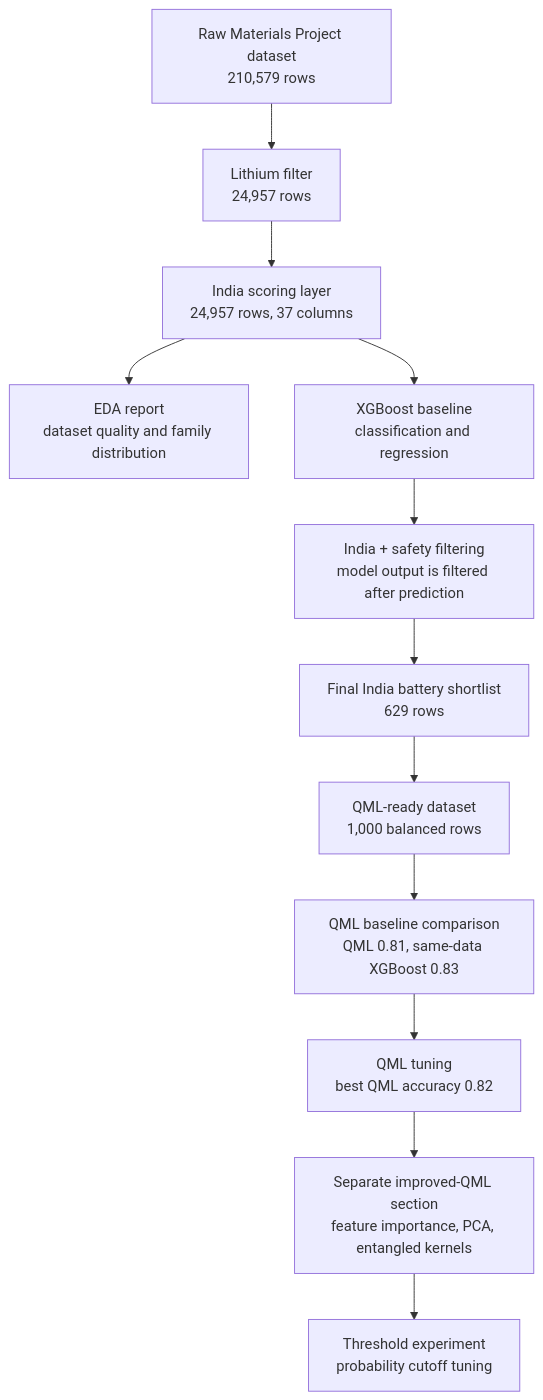
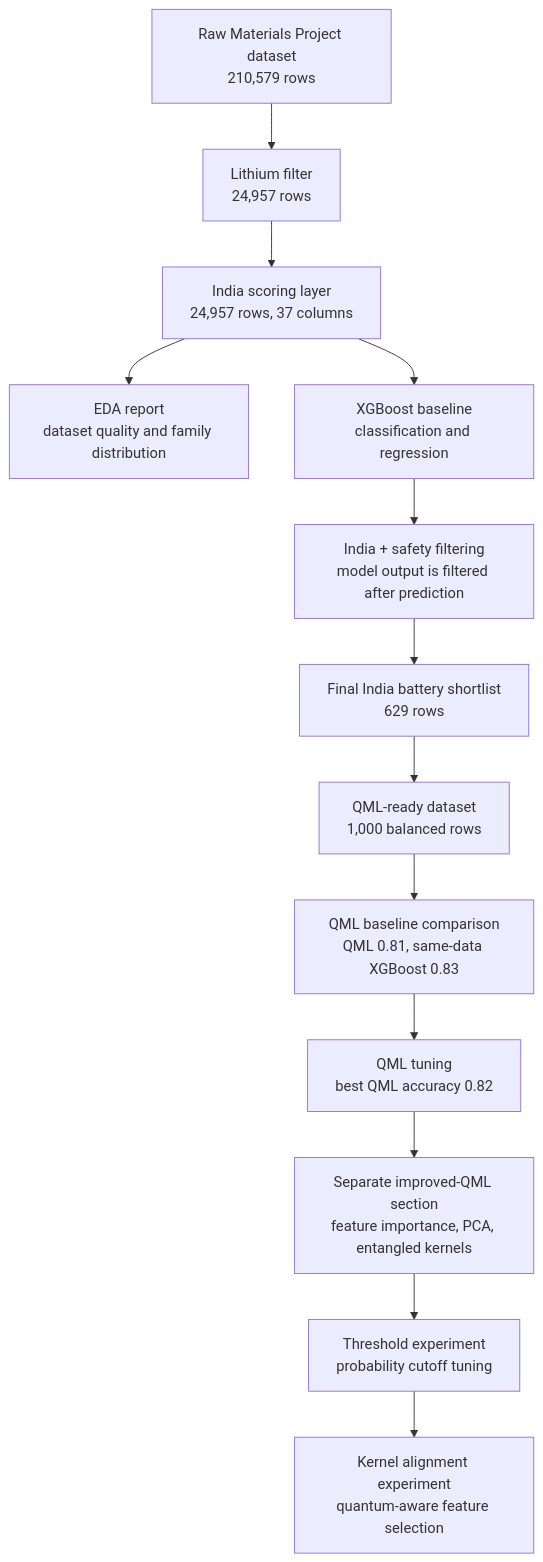
Before and after one commit to lifeknife10A/hybrid-quantum-battery-stability-prediction: the diagram in Summer Vacation/data/metadata/project_pipeline_summary.md, drawn with Mermaid. The commit also changed other lines of this file and 10 other files, not shown here.

Commit message:
Add quantum kernel alignment experiment

````diff
--- a/Summer Vacation/data/metadata/project_pipeline_summary.md
+++ b/Summer Vacation/data/metadata/project_pipeline_summary.md
@@ -36,14 +36,15 @@
 ```mermaid
 flowchart TD
     A["Raw Materials Project dataset<br/>210,579 rows"] --> B["Lithium filter<br/>24,957 rows"]
     B --> C["India scoring layer<br/>24,957 rows, 37 columns"]
     C --> D["EDA report<br/>dataset quality and family distribution"]
     C --> E["XGBoost baseline<br/>classification and regression"]
     E --> F["India + safety filtering<br/>model output is filtered after prediction"]
     F --> G["Final India battery shortlist<br/>629 rows"]
     G --> H["QML-ready dataset<br/>1,000 balanced rows"]
     H --> I["QML baseline comparison<br/>QML 0.81, same-data XGBoost 0.83"]
     I --> J["QML tuning<br/>best QML accuracy 0.82"]
     J --> K["Separate improved-QML section<br/>feature importance, PCA, entangled kernels"]
     K --> L["Threshold experiment<br/>probability cutoff tuning"]
+    L --> M["Kernel alignment experiment<br/>quantum-aware feature selection"]
 ```
````
